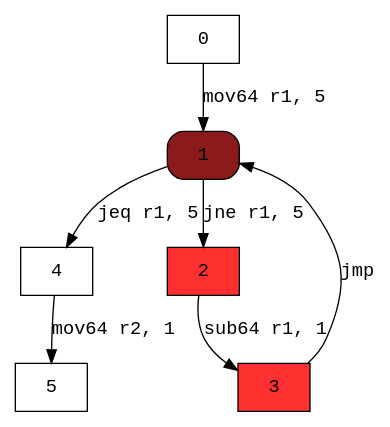
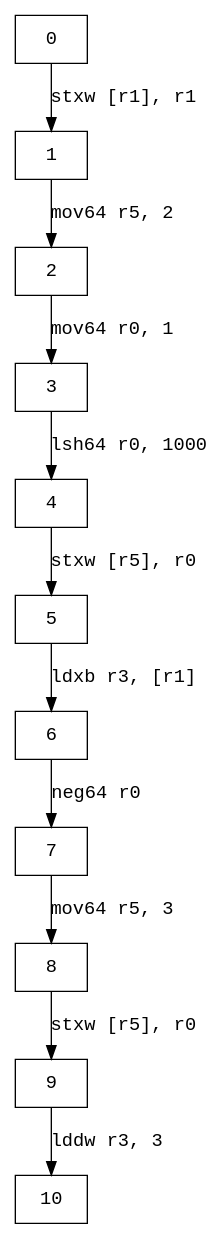
One commit to XicoCorreia/Information-Flow-Analysis-Thesis changed the diagram in examples/graphs/test.dot. Above: the diagram before and after it, drawn with Graphviz. The commit also changed 4 other files, not shown here.

```diff
--- a/examples/graphs/test.dot
+++ b/examples/graphs/test.dot
@@ -1,14 +1,15 @@
 digraph cfg { 
 node [fontname="monospace"];
 node [shape=box];
 edge [fontname="monospace"];
-  0 -> 1 [label="mov64 r1, 5"];
-  1 -> 4 [label="jeq r1, 5"];
-  1 -> 2 [label="jne r1, 5"];
-  2 -> 3 [label="sub64 r1, 1"];
-  3 -> 1 [label="jmp"];
-  4 -> 5 [label="mov64 r2, 1"];
-1 [style="rounded,filled",fillcolor=firebrick4];
-2 [style=filled,fillcolor=firebrick1];
-3 [style=filled,fillcolor=firebrick1];
+  0 -> 1 [label="stxw [r1], r1"];
+  1 -> 2 [label="mov64 r5, 2"];
+  2 -> 3 [label="mov64 r0, 1"];
+  3 -> 4 [label="lsh64 r0, 1000"];
+  4 -> 5 [label="stxw [r5], r0"];
+  5 -> 6 [label="ldxb r3, [r1]"];
+  6 -> 7 [label="neg64 r0"];
+  7 -> 8 [label="mov64 r5, 3"];
+  8 -> 9 [label="stxw [r5], r0"];
+  9 -> 10 [label="lddw r3, 3"];
 }
```
